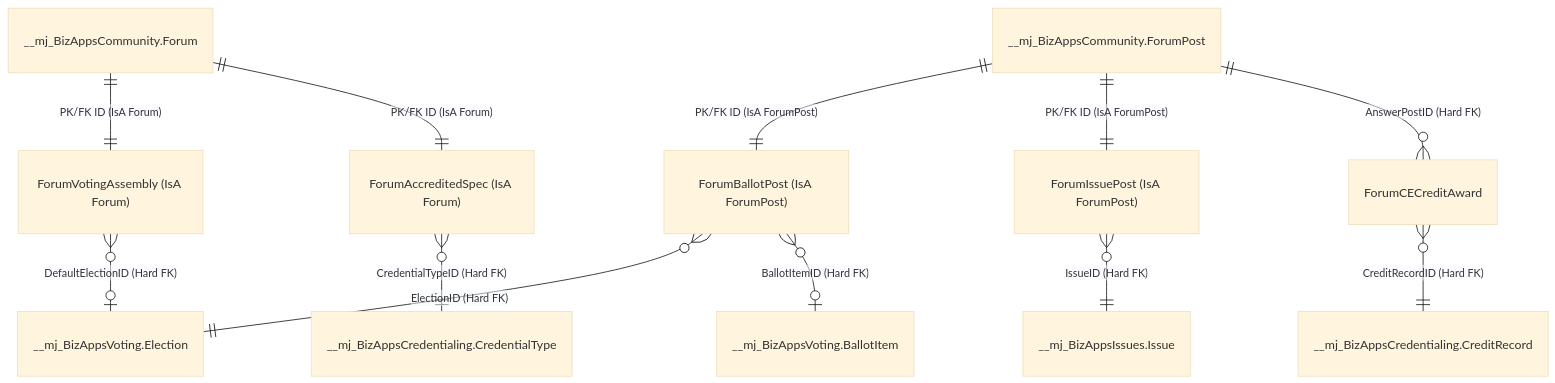
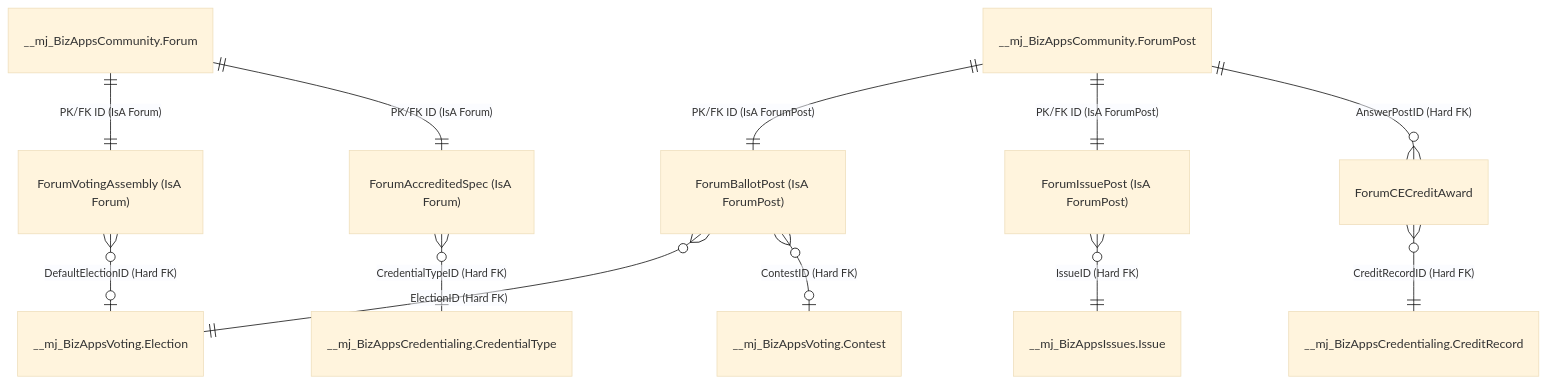
The third of 3 diagrams in plans/plan.md (MemberJunction/bizapps-community), drawn with Mermaid (base theme) before and after one commit. The commit also changed other lines of this file and 68 other files, not shown here.

Commit message:
feat(community): align schema/docs with MJ standards, scaffold packages/migrations/metadata, and add 3 divergent UX concepts

````diff
--- a/plans/plan.md
+++ b/plans/plan.md
@@ -176,38 +176,38 @@
 ```mermaid
 erDiagram
     %% Community Core
     COMM_Forum["__mj_BizAppsCommunity.Forum"]
     COMM_Post["__mj_BizAppsCommunity.ForumPost"]
 
     %% Sibling BizApps
     VOTING_Election["__mj_BizAppsVoting.Election"]
-    VOTING_BallotItem["__mj_BizAppsVoting.BallotItem"]
+    VOTING_Contest["__mj_BizAppsVoting.Contest"]
     ISSUES_Issue["__mj_BizAppsIssues.Issue"]
     CRED_Type["__mj_BizAppsCredentialing.CredentialType"]
     CRED_Record["__mj_BizAppsCredentialing.CreditRecord"]
 
     %% Bridge App 1: mj-bizapps-community-voting
     BRIDGE_VoteForum["ForumVotingAssembly (IsA Forum)"]
     BRIDGE_BallotPost["ForumBallotPost (IsA ForumPost)"]
 
     %% Bridge App 2: mj-bizapps-community-issues
     BRIDGE_IssuePost["ForumIssuePost (IsA ForumPost)"]
 
     %% Bridge App 3: mj-bizapps-community-credentialing
     BRIDGE_AccredForum["ForumAccreditedSpec (IsA Forum)"]
     BRIDGE_CEAward["ForumCECreditAward"]
 
     COMM_Forum ||--|| BRIDGE_VoteForum : "PK/FK ID (IsA Forum)"
     BRIDGE_VoteForum }o--o| VOTING_Election : "DefaultElectionID (Hard FK)"
     COMM_Post ||--|| BRIDGE_BallotPost : "PK/FK ID (IsA ForumPost)"
     BRIDGE_BallotPost }o--|| VOTING_Election : "ElectionID (Hard FK)"
-    BRIDGE_BallotPost }o--o| VOTING_BallotItem : "BallotItemID (Hard FK)"
+    BRIDGE_BallotPost }o--o| VOTING_Contest : "ContestID (Hard FK)"
 
     COMM_Post ||--|| BRIDGE_IssuePost : "PK/FK ID (IsA ForumPost)"
     BRIDGE_IssuePost }o--|| ISSUES_Issue : "IssueID (Hard FK)"
 
     COMM_Forum ||--|| BRIDGE_AccredForum : "PK/FK ID (IsA Forum)"
     BRIDGE_AccredForum }o--|| CRED_Type : "CredentialTypeID (Hard FK)"
     COMM_Post ||--o{ BRIDGE_CEAward : "AnswerPostID (Hard FK)"
     BRIDGE_CEAward }o--|| CRED_Record : "CreditRecordID (Hard FK)"
 ```
````
